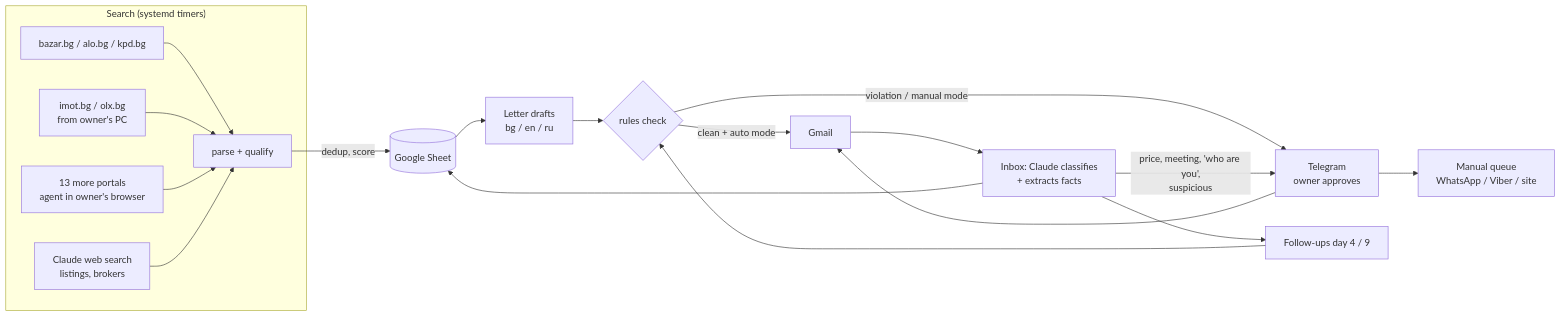
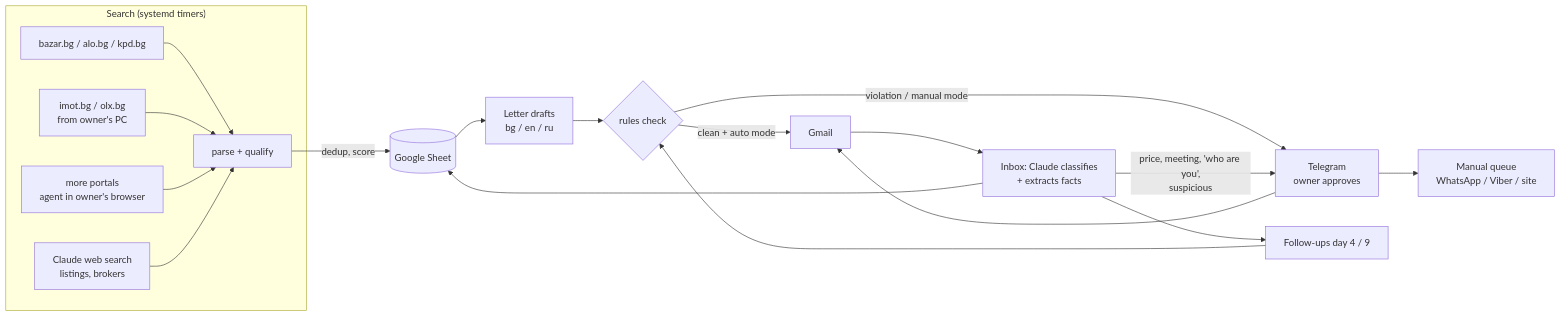
The diagram in README.md (gosha003/solar_farm_seller_automation), drawn with Mermaid before and after one commit. The commit also changed other lines of this file and 5 other files, not shown here.

````diff
--- a/README.md
+++ b/README.md
@@ -31,21 +31,21 @@
 ```mermaid
 flowchart LR
     subgraph Search["Search (systemd timers)"]
         S1[bazar.bg / alo.bg / kpd.bg] --> P[parse + qualify]
         S2[imot.bg / olx.bg<br/>from owner's PC] --> P
-        S4[13 more portals<br/>agent in owner's browser] --> P
+        S4[more portals<br/>agent in owner's browser] --> P
         S3[Claude web search<br/>listings, brokers] --> P
     end
     P -->|dedup, score| Sheet[(Google Sheet)]
     Sheet --> D[Letter drafts<br/>bg / en / ru]
     D --> R{rules check}
     R -->|clean + auto mode| G[Gmail]
     R -->|violation / manual mode| T[Telegram<br/>owner approves]
     T --> G
     T --> Q[Manual queue<br/>WhatsApp / Viber / site]
     G --> I[Inbox: Claude classifies<br/>+ extracts facts]
     I --> Sheet
     I -->|price, meeting, 'who are you',<br/>suspicious| T
     I --> F[Follow-ups day 4 / 9]
     F --> R
 ```
````
